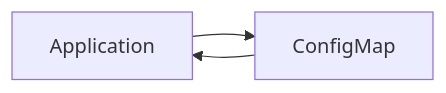
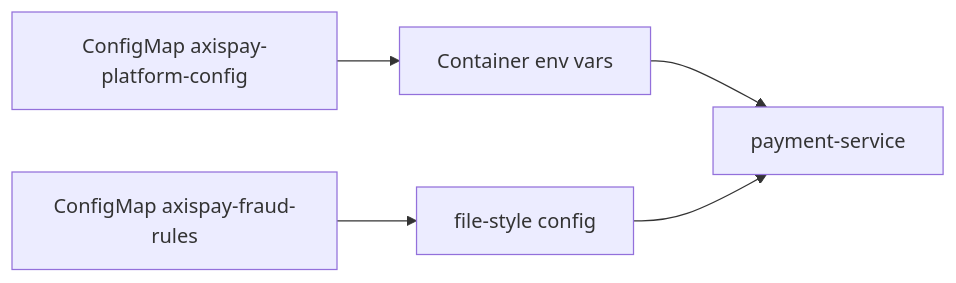
The diagram in days/day3/labs/L3.1-configmaps/README.md (kumbulanit/kubernetescompr), drawn with Mermaid before and after one commit. The commit also changed other lines of this file and 26 other files, not shown here.

````diff
--- a/days/day3/labs/L3.1-configmaps/README.md
+++ b/days/day3/labs/L3.1-configmaps/README.md
@@ -12,5 +36,7 @@
 ```mermaid
 flowchart LR
-  App[Application] --> ConfigMap[ConfigMap]
-  ConfigMap --> App
+  CM[ConfigMap axispay-platform-config] --> ENV[Container env vars]
+  ENV --> APP[payment-service]
+  CM2[ConfigMap axispay-fraud-rules] --> FILE[file-style config]
+  FILE --> APP
 ```
````
